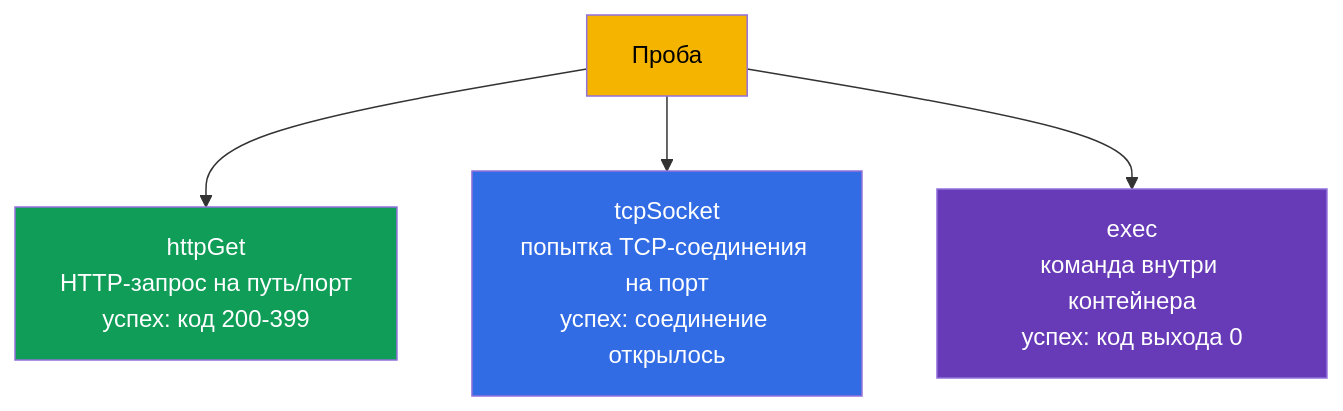
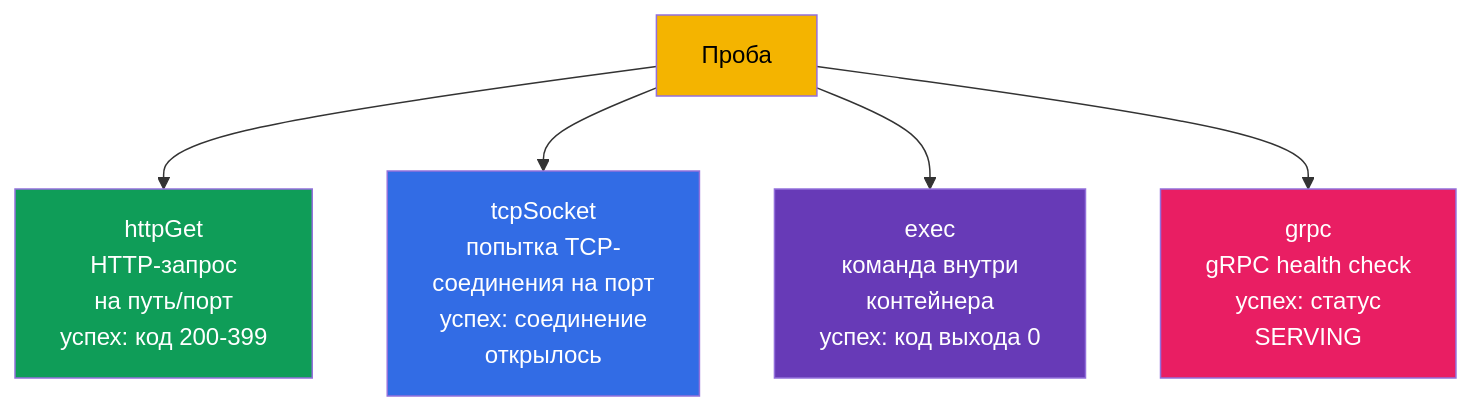
The third of 7 diagrams in tasks/cka/course/27/ru.md (ViktorUJ/cks), drawn with Mermaid before and after one commit. The commit also changed other lines of this file and 30 other files, not shown here.

````diff
--- a/tasks/cka/course/27/ru.md
+++ b/tasks/cka/course/27/ru.md
@@ -59,11 +59,13 @@
 ```mermaid
 flowchart TB
     p["Проба"]
-    p --> http["httpGet<br>HTTP-запрос на путь/порт<br>успех: код 200-399"]
-    p --> tcp["tcpSocket<br>попытка TCP-соединения на порт<br>успех: соединение открылось"]
-    p --> exec["exec<br>команда внутри контейнера<br>успех: код выхода 0"]
+    p --> http["httpGet<br>HTTP-запрос<br>на путь/порт<br>успех: код 200-399"]
+    p --> tcp["tcpSocket<br>попытка TCP-<br>соединения на порт<br>успех: соединение<br>открылось"]
+    p --> exec["exec<br>команда внутри<br>контейнера<br>успех: код выхода 0"]
+    p --> grpc["grpc<br>gRPC health check<br>успех: статус<br>SERVING"]
     style p fill:#f4b400,color:#000
     style http fill:#0f9d58,color:#fff
     style tcp fill:#326ce5,color:#fff
     style exec fill:#673ab7,color:#fff
+    style grpc fill:#e91e63,color:#fff
 ```
````
